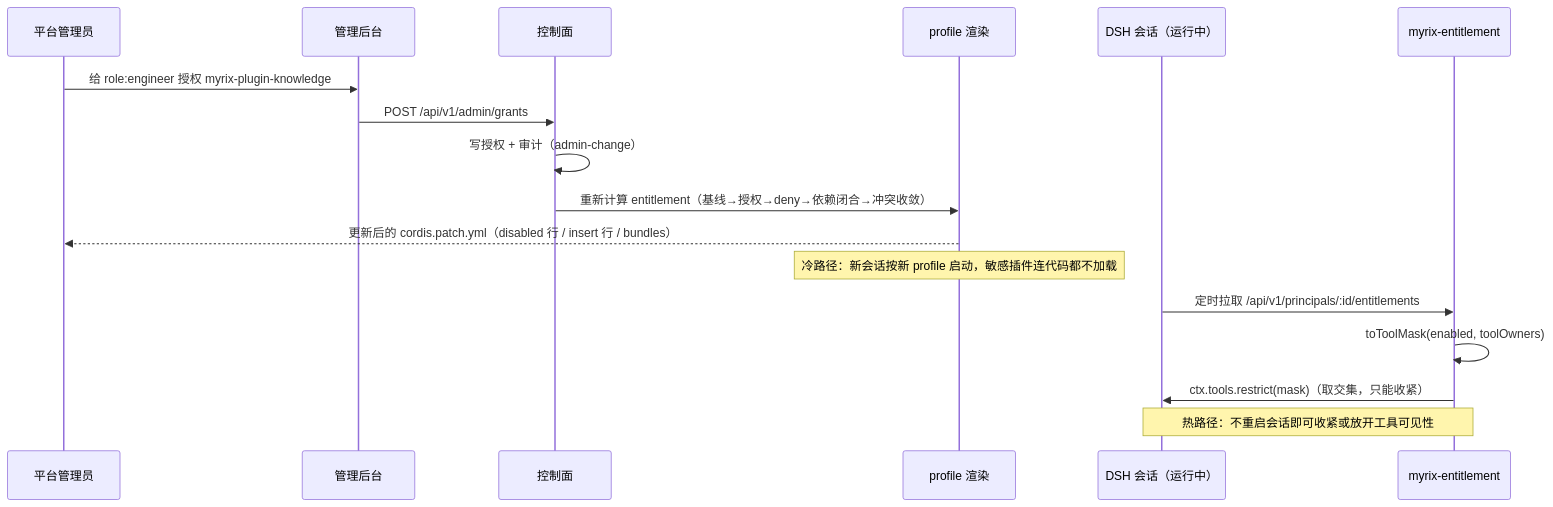
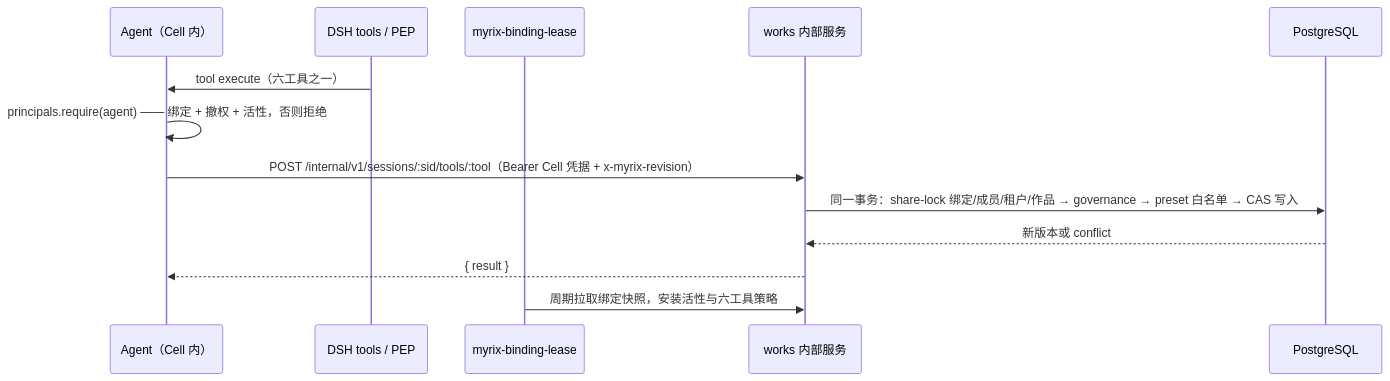
Before and after one commit to hewenyu/myrix: the third of 3 diagrams in docs/architecture.md, drawn with Mermaid. The commit also changed other lines of this file and 75 other files, not shown here.

````diff
--- a/docs/architecture.md
+++ b/docs/architecture.md
@@ -76,20 +115,15 @@
 ```mermaid
 sequenceDiagram
-  participant O as 平台管理员
-  participant C as 管理后台
-  participant P as 控制面
-  participant R as profile 渲染
-  participant D as DSH 会话（运行中）
-  participant E as myrix-entitlement
-
-  O->>C: 给 role:engineer 授权 myrix-plugin-knowledge
-  C->>P: POST /api/v1/admin/grants
-  P->>P: 写授权 + 审计（admin-change）
-  P->>R: 重新计算 entitlement（基线→授权→deny→依赖闭合→冲突收敛）
-  R-->>O: 更新后的 cordis.patch.yml（disabled 行 / insert 行 / bundles）
-  Note over R: 冷路径：新会话按新 profile 启动，敏感插件连代码都不加载
-  D->>E: 定时拉取 /api/v1/principals/:id/entitlements
-  E->>E: toToolMask(enabled, toolOwners)
-  E->>D: ctx.tools.restrict(mask)（取交集，只能收紧）
-  Note over E,D: 热路径：不重启会话即可收紧或放开工具可见性
+  participant A as Agent（Cell 内）
+  participant T as DSH tools / PEP
+  participant L as myrix-binding-lease
+  participant W as works 内部服务
+  participant P as PostgreSQL
+  T->>A: tool execute（六工具之一）
+  A->>A: principals.require(agent) —— 绑定 + 撤权 + 活性，否则拒绝
+  A->>W: POST /internal/v1/sessions/:sid/tools/:tool（Bearer Cell 凭据 + x-myrix-revision）
+  W->>P: 同一事务：share-lock 绑定/成员/租户/作品 → governance → preset 白名单 → CAS 写入
+  P-->>W: 新版本或 conflict
+  W-->>A: { result }
+  L->>W: 周期拉取绑定快照，安装活性与六工具策略
 ```
````
